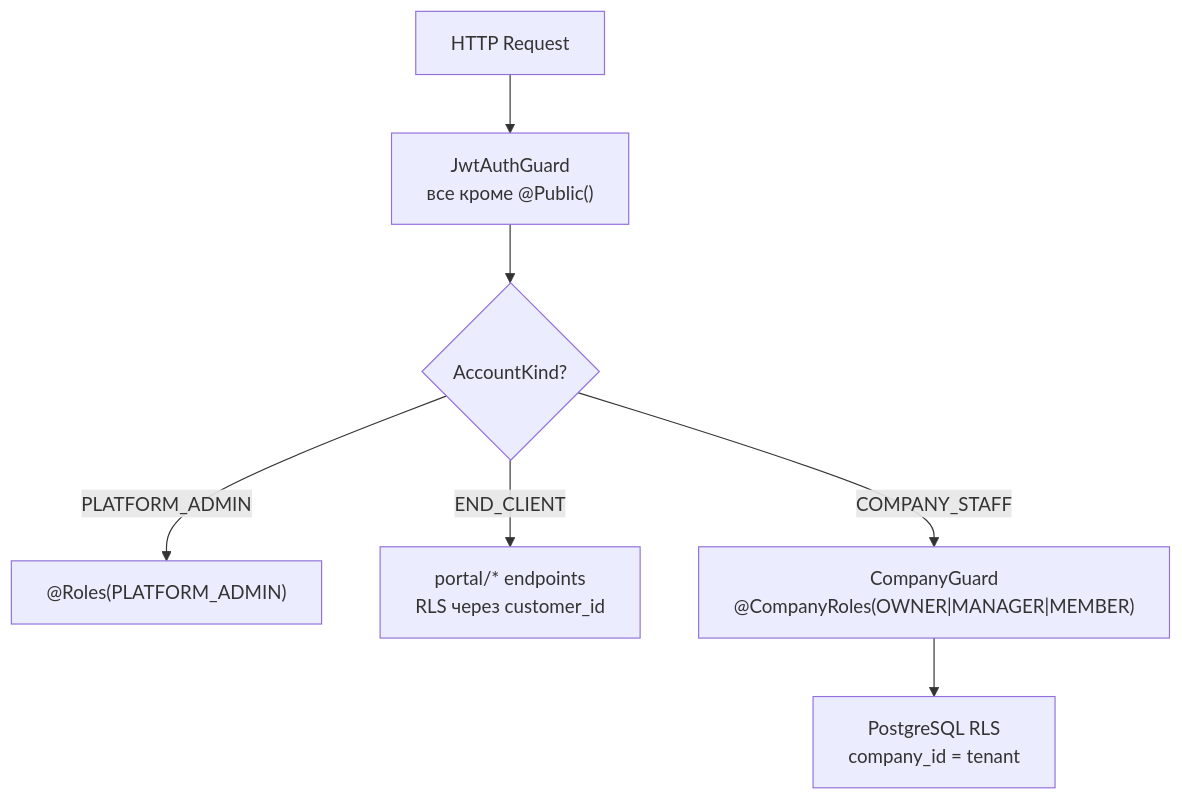
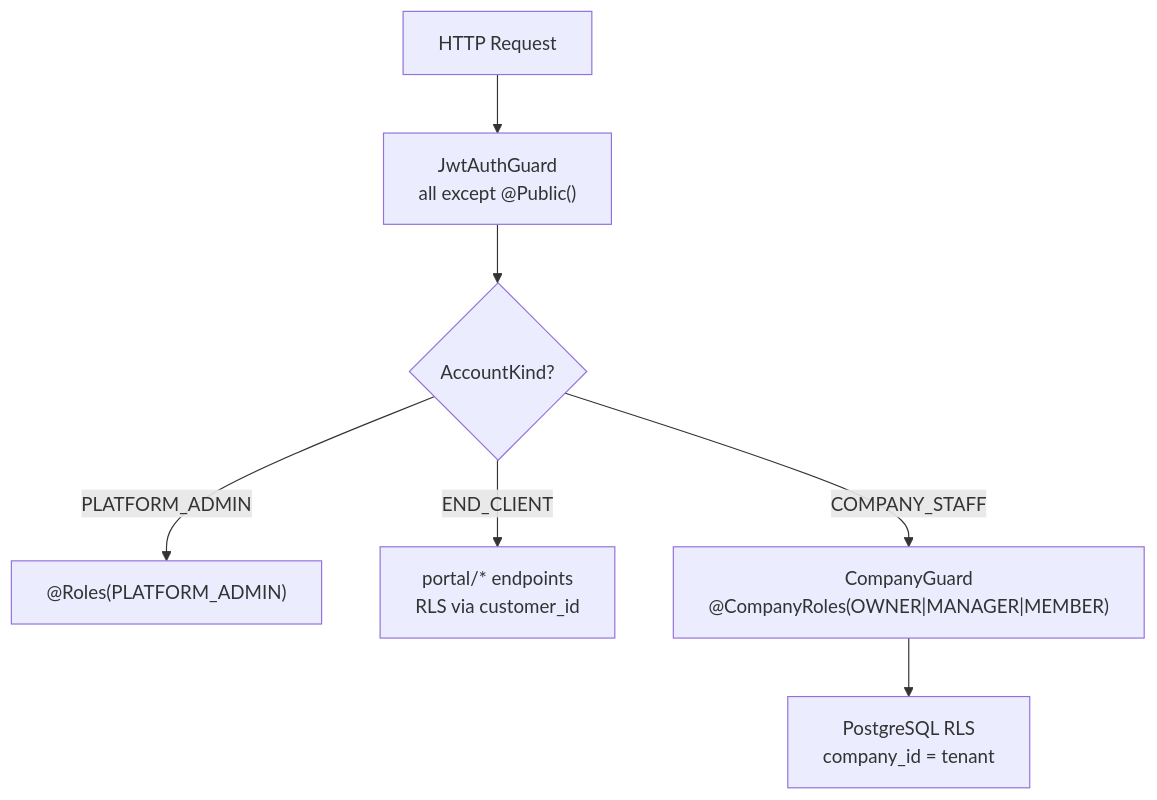
One commit to 1GoodCod1/companii-api changed the sixth of 10 diagrams in README.md. Above: the diagram before and after it, drawn with Mermaid. The commit also changed other lines of this file and 1 other file, not shown here.

````diff
--- a/README.md
+++ b/README.md
@@ -236,9 +238,9 @@
 ```mermaid
 flowchart TD
-    REQ["HTTP Request"] --> JWT["JwtAuthGuard<br/>все кроме @Public()"]
+    REQ["HTTP Request"] --> JWT["JwtAuthGuard<br/>all except @Public()"]
     JWT --> KIND{"AccountKind?"}
     KIND -->|PLATFORM_ADMIN| ADMIN["@Roles(PLATFORM_ADMIN)"]
-    KIND -->|END_CLIENT| PORTAL["portal/* endpoints<br/>RLS через customer_id"]
+    KIND -->|END_CLIENT| PORTAL["portal/* endpoints<br/>RLS via customer_id"]
     KIND -->|COMPANY_STAFF| CG["CompanyGuard<br/>@CompanyRoles(OWNER|MANAGER|MEMBER)"]
     CG --> RLS["PostgreSQL RLS<br/>company_id = tenant"]
 ```
````
